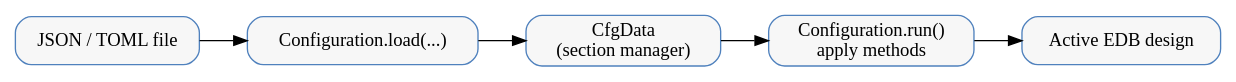
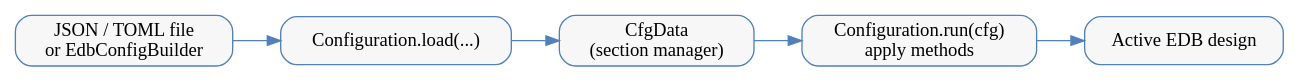
One commit to ansys/pyedb changed the diagram in doc/source/configuration/file_architecture.rst. Above: the diagram before and after it, drawn with Graphviz. The commit also changed other lines of this file and 3 other files, not shown here.

```diff
--- a/doc/source/configuration/file_architecture.rst
+++ b/doc/source/configuration/file_architecture.rst
@@ -26,14 +48,15 @@
 .. graphviz::
 
    digraph configuration_architecture {
        rankdir=LR;
        node [shape=box, style="rounded,filled", fillcolor="#F7F7F7", color="#4F81BD"];
+       edge [color="#4F81BD"];
 
-       file [label="JSON / TOML file"];
-       load [label="Configuration.load(...)"];
+       file    [label="JSON / TOML file\nor EdbConfigBuilder"];
+       load    [label="Configuration.load(...)"];
        cfgdata [label="CfgData\n(section manager)"];
-       apply [label="Configuration.run()\napply methods"];
-       design [label="Active EDB design"];
+       run     [label="Configuration.run(cfg)\napply methods"];
+       design  [label="Active EDB design"];
 
-       file -> load -> cfgdata -> apply -> design;
+       file -> load -> cfgdata -> run -> design;
    }
```
